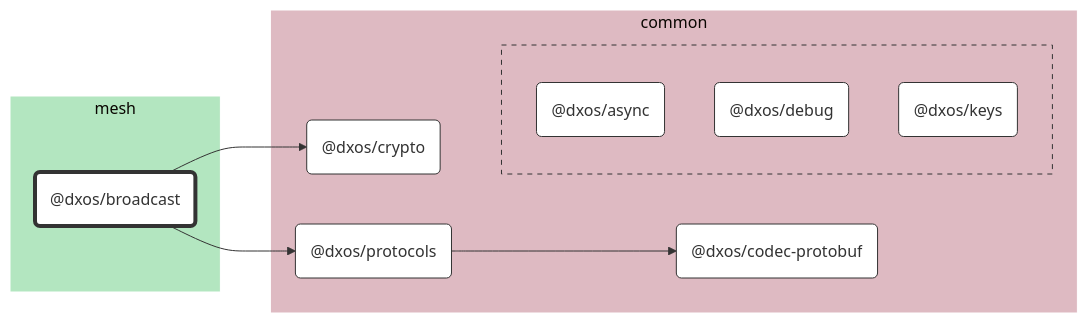
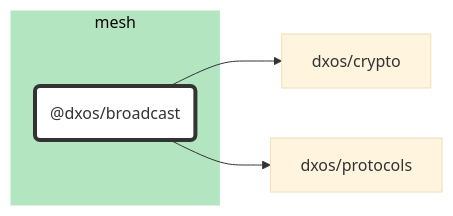
The diagram in packages/mesh/broadcast/docs/README.md (dxos/dxos), drawn with Mermaid (base theme) before and after one commit. The commit also changed 87 other files, not shown here.

````diff
--- a/packages/mesh/broadcast/docs/README.md
+++ b/packages/mesh/broadcast/docs/README.md
@@ -7,56 +7,22 @@
 ```mermaid
 %%{ init: {'flowchart':{'curve':'basis'}} }%%
 
 flowchart LR
 
-%% Links
-dxos/broadcast --> dxos/crypto;
-dxos/broadcast --> dxos/protocols;
-dxos/protocols --> dxos/codec-protobuf;
+%% Classes
+classDef def fill:#fff,stroke:#333,stroke-width:1px
+classDef root fill:#fff,stroke:#333,stroke-width:4px
 
-%% Sections
-subgraph mesh
-  style mesh fill:#b3e6c0,stroke:#fff;
+%% Nodes
 
-  dxos/broadcast("@dxos/broadcast")
+subgraph mesh [mesh]
+  style mesh fill:#b3e6c0,stroke:#fff
+  dxos/broadcast("@dxos/broadcast"):::root
+  click dxos/broadcast "dxos/dxos/tree/main/packages/mesh/broadcast/docs"
 end
 
-subgraph common
-  style common fill:#debac2,stroke:#fff;
-
-  dxos/codec-protobuf("@dxos/codec-protobuf")
-  dxos/crypto("@dxos/crypto")
-  dxos/protocols("@dxos/protocols")
-
-  subgraph common-excluded [ ]
-    style common-excluded fill:#debac2,stroke:#333,stroke-dasharray:5 5;
-
-    dxos/async("@dxos/async")
-    dxos/debug("@dxos/debug")
-    dxos/keys("@dxos/keys")
-  end
-end
-
-
-%% Hyperlinks
-click dxos/async "dxos/dxos/tree/main/packages/common/async/docs";
-click dxos/codec-protobuf "dxos/dxos/tree/main/packages/common/codec-protobuf/docs";
-click dxos/crypto "dxos/dxos/tree/main/packages/common/crypto/docs";
-click dxos/debug "dxos/dxos/tree/main/packages/common/debug/docs";
-click dxos/keys "dxos/dxos/tree/main/packages/common/keys/docs";
-click dxos/protocols "dxos/dxos/tree/main/packages/common/protocols/docs";
-
-%% Styles
-classDef rootNode fill:#fff,stroke:#333,stroke-width:4px
-classDef defaultNode fill:#fff,stroke:#333,stroke-width:1px
+%% Links
 linkStyle default stroke:#333,stroke-width:1px
-
-dxos/broadcast:::rootNode
-
-dxos/async:::defaultNode
-dxos/codec-protobuf:::defaultNode
-dxos/crypto:::defaultNode
-dxos/debug:::defaultNode
-dxos/keys:::defaultNode
-dxos/protocols:::defaultNode
+dxos/broadcast --> dxos/crypto
+dxos/broadcast --> dxos/protocols
 ```
````
